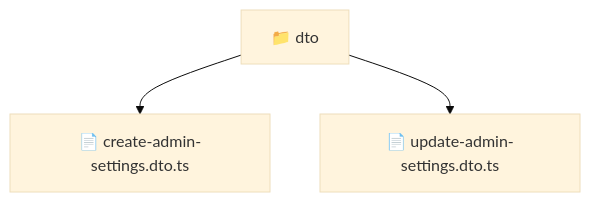
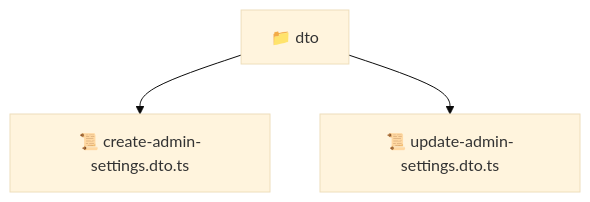
One commit to beginwebdev2002/fullstack-mavluda changed the diagram in backend/src/modules/admin-settings/presentation/dto/README.md. Above: the diagram before and after it, drawn with Mermaid (base theme). The commit also changed other lines of this file and 163 other files, not shown here.

````diff
--- a/backend/src/modules/admin-settings/presentation/dto/README.md
+++ b/backend/src/modules/admin-settings/presentation/dto/README.md
@@ -9,6 +9,6 @@
 ```mermaid
 graph TD
-  Root["📁 dto"]
-  Root --> create_admin_settings_dto_ts["📄 create-admin-settings.dto.ts"]
-  Root --> update_admin_settings_dto_ts["📄 update-admin-settings.dto.ts"]
+  dto["📁 dto"]
+  dto --> create_admin_settings_dto_ts["📜 create-admin-settings.dto.ts"]
+  dto --> update_admin_settings_dto_ts["📜 update-admin-settings.dto.ts"]
 ```
````
